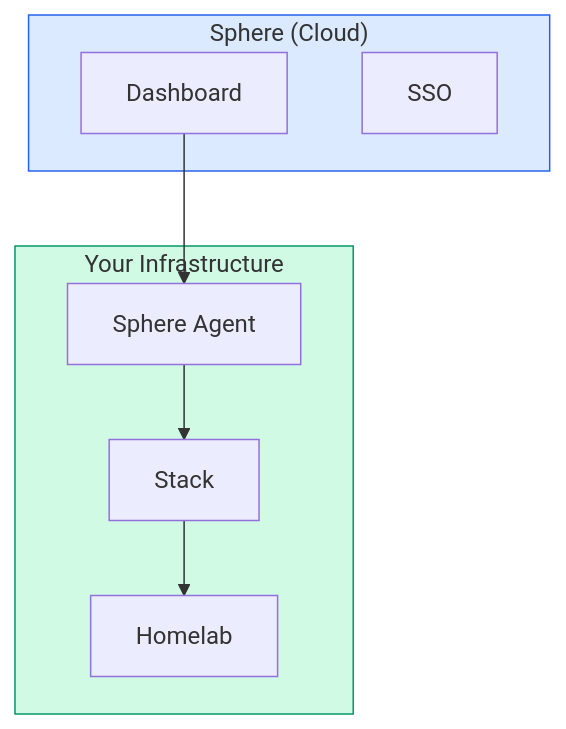
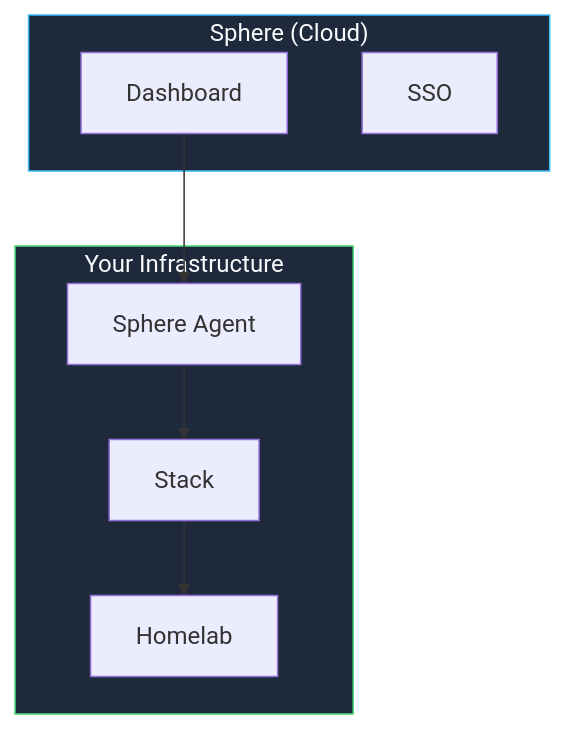
The seventh of 8 diagrams in ecosystem.mdx (KombiverseLabs/docs), drawn with Mermaid before and after one commit. The commit also changed other lines of this file and 33 other files, not shown here.

````diff
--- a/ecosystem.mdx
+++ b/ecosystem.mdx
@@ -256,20 +256,20 @@
     ```mermaid
     graph TB
         subgraph Sphere["Sphere (Cloud)"]
             Dashboard["Dashboard"]
             SSO["SSO"]
         end
         
         subgraph Your["Your Infrastructure"]
             Agent["Sphere Agent"]
             Stack["Stack"]
             HL["Homelab"]
         end
         
         Dashboard --> Agent
         Agent --> Stack
         Stack --> HL
         
-        style Sphere fill:#dbeafe,stroke:#2563eb
-        style Your fill:#d1fae5,stroke:#059669
+        style Sphere fill:#1e293b,stroke:#38bdf8,color:#f8fafc
+        style Your fill:#1e293b,stroke:#4ade80,color:#f8fafc
     ```
````
